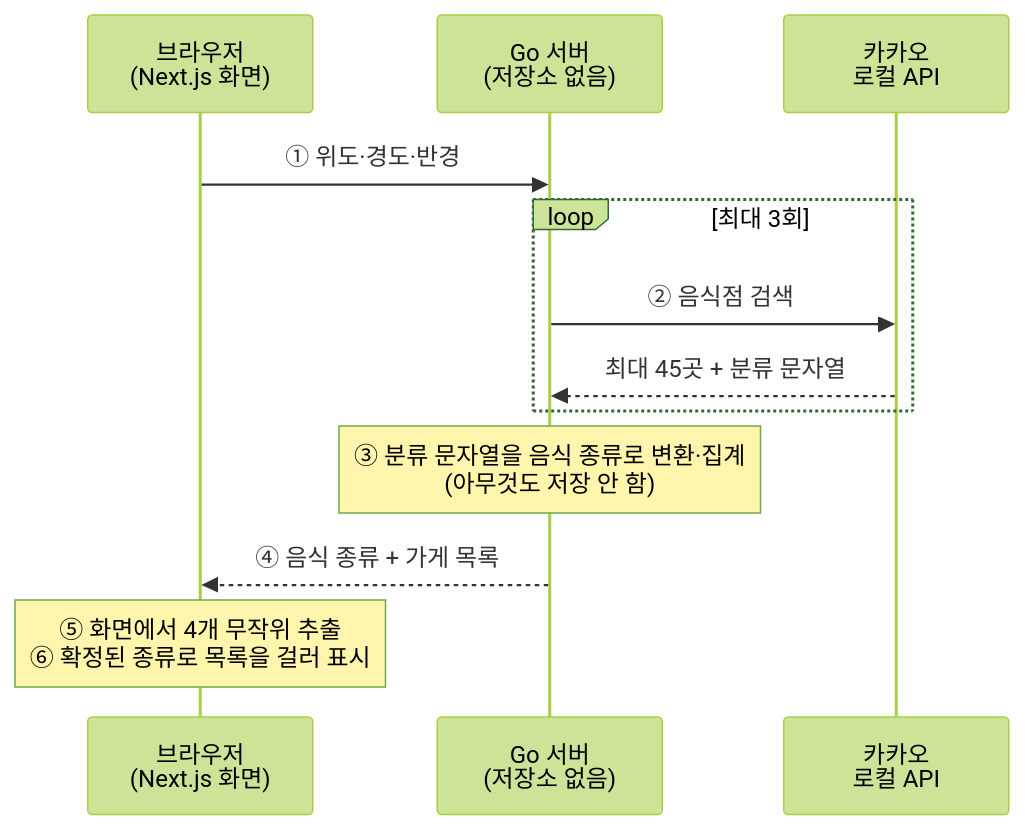
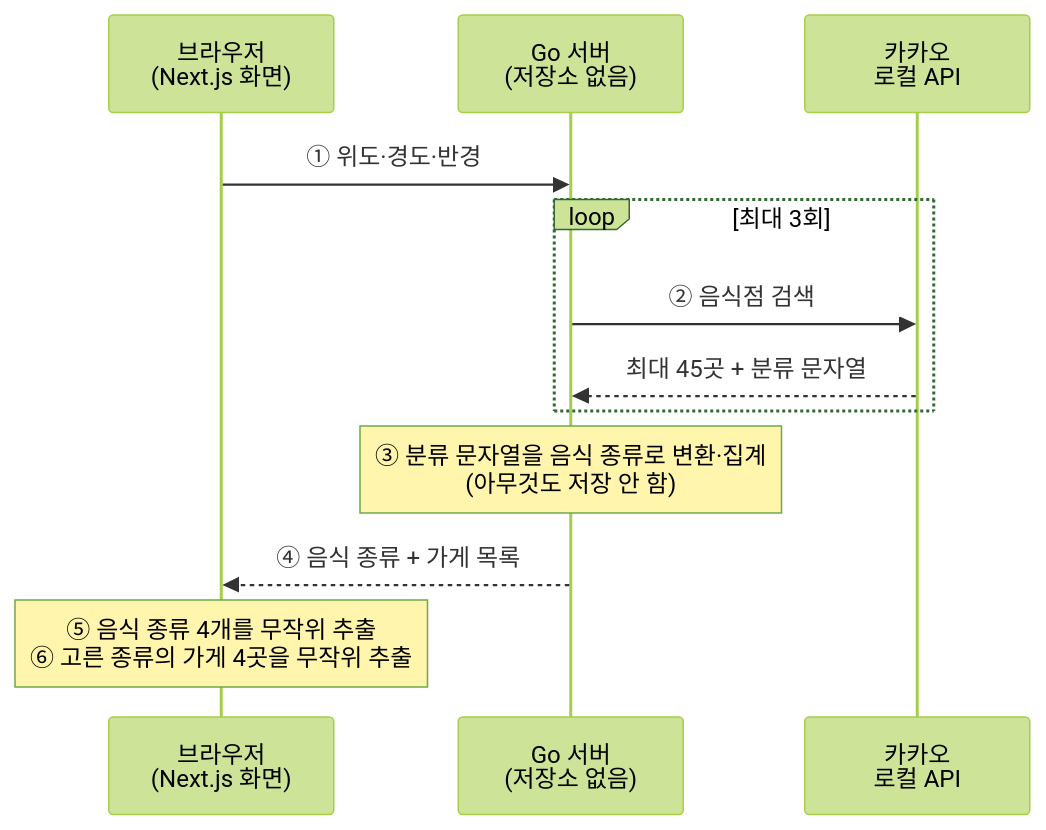
Before and after one commit to VeritasForge/random-choice: the diagram in README.md, drawn with Mermaid (forest theme). The commit also changed other lines of this file and 5 other files, not shown here.

````diff
--- a/README.md
+++ b/README.md
@@ -28,15 +28,15 @@
 ```mermaid
 sequenceDiagram
     participant 브라우저 as 브라우저<br/>(Next.js 화면)
     participant 서버 as Go 서버<br/>(저장소 없음)
     participant 카카오 as 카카오<br/>로컬 API
 
     브라우저->>서버: ① 위도·경도·반경
     loop 최대 3회
         서버->>카카오: ② 음식점 검색
         카카오-->>서버: 최대 45곳 + 분류 문자열
     end
     Note over 서버: ③ 분류 문자열을 음식 종류로 변환·집계<br/>(아무것도 저장 안 함)
     서버-->>브라우저: ④ 음식 종류 + 가게 목록
-    Note over 브라우저: ⑤ 화면에서 4개 무작위 추출<br/>⑥ 확정된 종류로 목록을 걸러 표시
+    Note over 브라우저: ⑤ 음식 종류 4개를 무작위 추출<br/>⑥ 고른 종류의 가게 4곳을 무작위 추출
 ```
````
